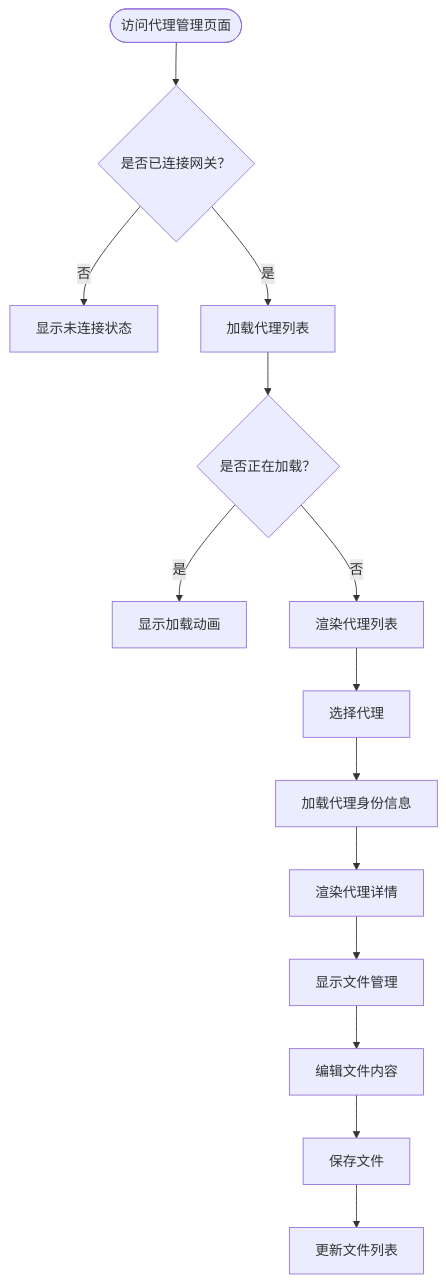
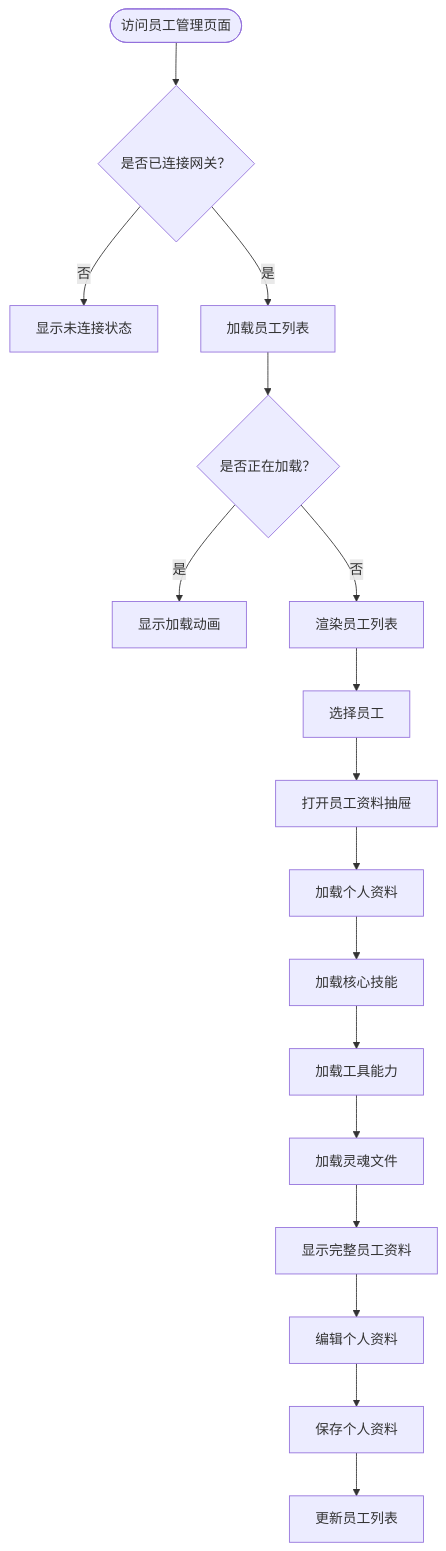
The third of 6 diagrams in .qoder/repowiki/zh/content/Web界面/Web界面.md (verse-ai-org/openclaw), drawn with Mermaid before and after one commit. The commit also changed other lines of this file and 55 other files, not shown here.

````diff
--- a/.qoder/repowiki/zh/content/Web界面/Web界面.md
+++ b/.qoder/repowiki/zh/content/Web界面/Web界面.md
@@ -384,16 +405,19 @@
 ```mermaid
 flowchart TD
-Start(["访问代理管理页面"]) --> CheckConn{"是否已连接网关？"}
+Start(["访问员工管理页面"]) --> CheckConn{"是否已连接网关？"}
 CheckConn --> |否| ShowDisconnected["显示未连接状态"]
-CheckConn --> |是| LoadAgents["加载代理列表"]
-LoadAgents --> Loading{"是否正在加载？"}
+CheckConn --> |是| LoadEmployees["加载员工列表"]
+LoadEmployees --> Loading{"是否正在加载？"}
 Loading --> |是| ShowLoading["显示加载动画"]
-Loading --> |否| RenderAgents["渲染代理列表"]
-RenderAgents --> SelectAgent["选择代理"]
-SelectAgent --> LoadIdentity["加载代理身份信息"]
-LoadIdentity --> RenderDetails["渲染代理详情"]
-RenderDetails --> ShowFiles["显示文件管理"]
-ShowFiles --> EditFile["编辑文件内容"]
-EditFile --> SaveFile["保存文件"]
-SaveFile --> UpdateList["更新文件列表"]
+Loading --> |否| RenderEmployees["渲染员工列表"]
+RenderEmployees --> SelectEmployee["选择员工"]
+SelectEmployee --> OpenDrawer["打开员工资料抽屉"]
+OpenDrawer --> LoadProfile["加载个人资料"]
+LoadProfile --> LoadSkills["加载核心技能"]
+LoadSkills --> LoadTools["加载工具能力"]
+LoadTools --> LoadSoul["加载灵魂文件"]
+LoadSoul --> ShowDrawer["显示完整员工资料"]
+ShowDrawer --> EditProfile["编辑个人资料"]
+EditProfile --> SaveProfile["保存个人资料"]
+SaveProfile --> UpdateList["更新员工列表"]
 ```
````
